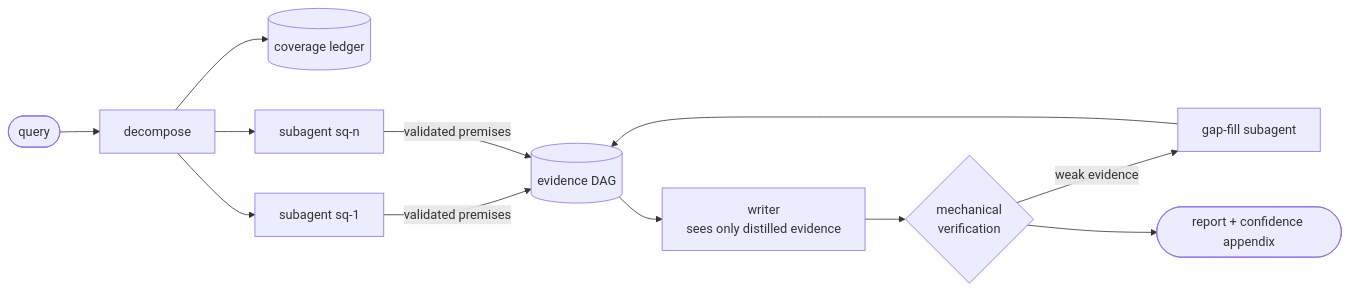
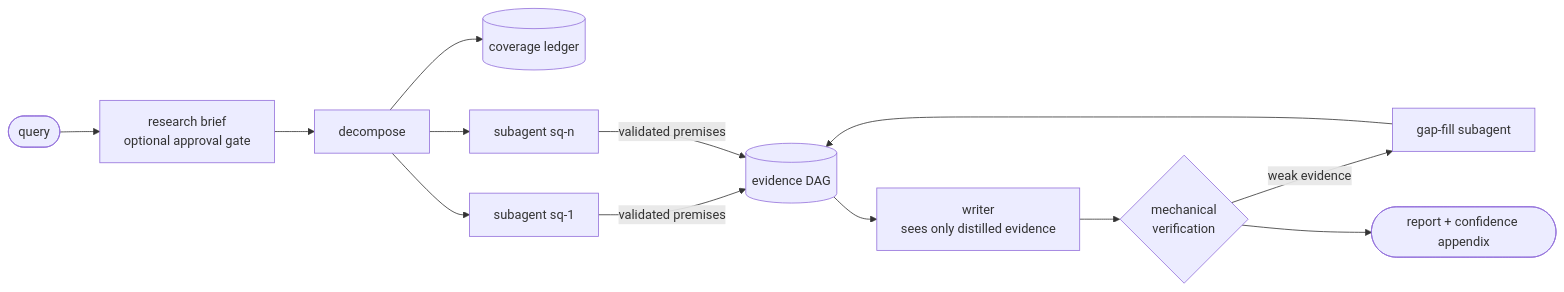
The diagram in README.md (finianoneill/parsec), drawn with Mermaid before and after one commit.

Commit message:
Add research-brief scoping node to the How-it-works diagram

````diff
--- a/README.md
+++ b/README.md
@@ -35,13 +35,13 @@
 ```mermaid
 flowchart LR
-    Q([query]) --> P[decompose]
+    Q([query]) --> B[research brief<br/>optional approval gate] --> P[decompose]
     P --> C[(coverage ledger)]
     P --> S1[subagent sq-1]
     P --> S2[subagent sq-n]
     S1 -- validated premises --> D[(evidence DAG)]
     S2 -- validated premises --> D
     D --> W[writer<br/>sees only distilled evidence]
     W --> V{mechanical<br/>verification}
     V -- weak evidence --> G[gap-fill subagent] --> D
     V --> R([report + confidence appendix])
 ```
````
